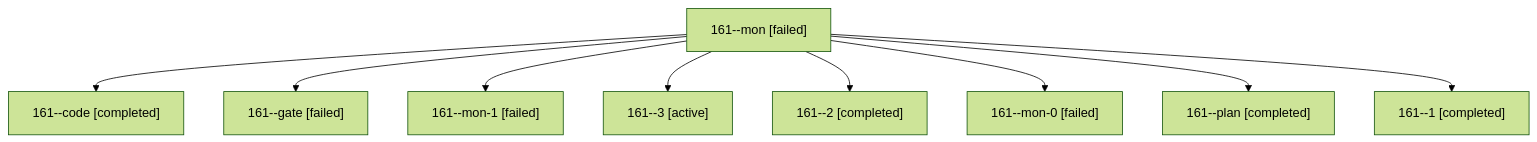
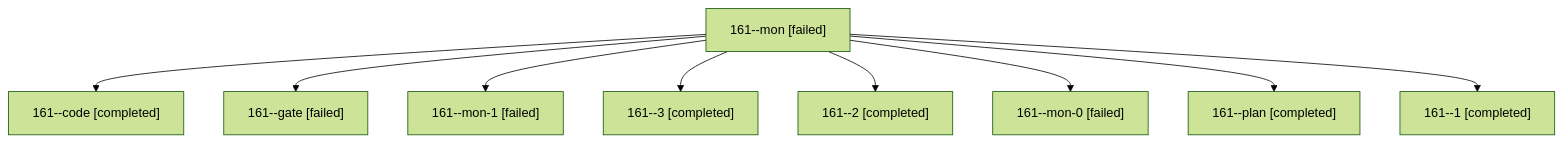
Before and after one commit to bobs-org/bob-cli--agents: the diagram in sessions/bbugyi200.athena.161.md, drawn with Mermaid (forest theme). The commit also changed other lines of this file and 8 other files, not shown here.

````diff
--- a/sessions/bbugyi200.athena.161.md
+++ b/sessions/bbugyi200.athena.161.md
@@ -9,20 +9,20 @@
 ```mermaid
 flowchart TD
   n0["161--mon [failed]"]
   n1["161--code [completed]"]
   n0 --> n1
   n2["161--gate [failed]"]
   n0 --> n2
   n3["161--mon-1 [failed]"]
   n0 --> n3
-  n4["161--3 [active]"]
+  n4["161--3 [completed]"]
   n0 --> n4
   n5["161--2 [completed]"]
   n0 --> n5
   n6["161--mon-0 [failed]"]
   n0 --> n6
   n7["161--plan [completed]"]
   n0 --> n7
   n8["161--1 [completed]"]
   n0 --> n8
 ```
````
